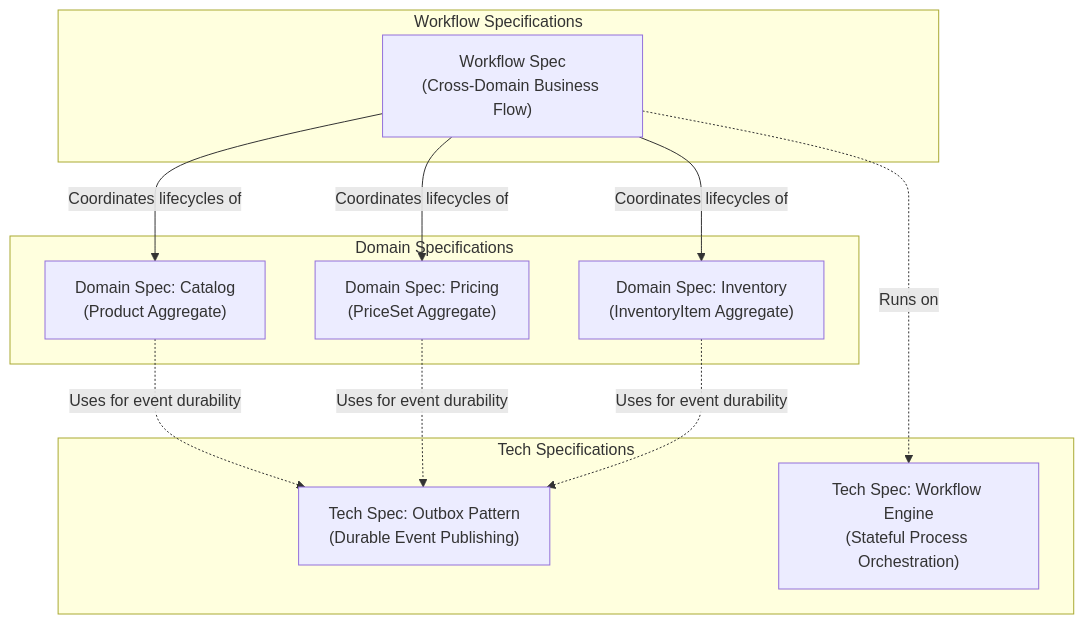
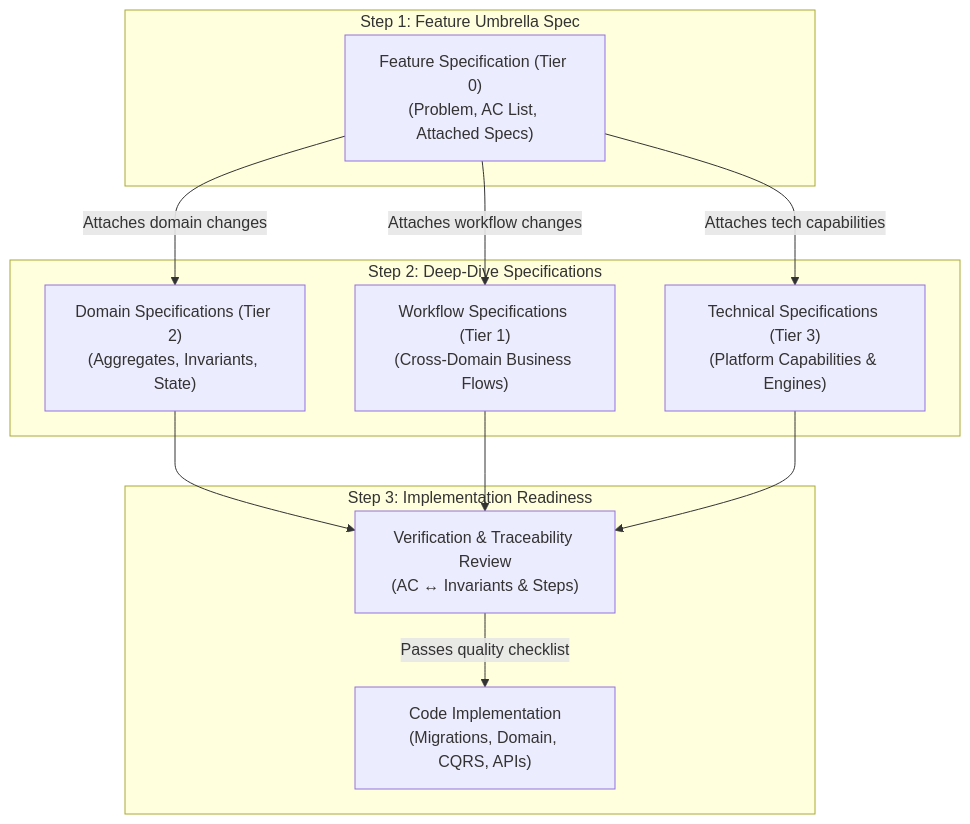
Before and after one commit to khinemyaezin/grab: the diagram in .agents/rules/documentation/specification.md, drawn with Mermaid. The commit also changed other lines of this file and 29 other files, not shown here.

````diff
--- a/.agents/rules/documentation/specification.md
+++ b/.agents/rules/documentation/specification.md
@@ -16,25 +14,25 @@
 ```mermaid
 flowchart TD
-    subgraph BusinessWorkflows ["Workflow Specifications"]
-        WF["Workflow Spec\n(Cross-Domain Business Flow)"]
+    subgraph Step1 ["Step 1: Feature Umbrella Spec"]
+        F["Feature Specification (Tier 0)\n(Problem, AC List, Attached Specs)"]
     end
 
-    subgraph DomainAggregates ["Domain Specifications"]
-        D1["Domain Spec: Catalog\n(Product Aggregate)"]
-        D2["Domain Spec: Pricing\n(PriceSet Aggregate)"]
-        D3["Domain Spec: Inventory\n(InventoryItem Aggregate)"]
+    subgraph Step2 ["Step 2: Deep-Dive Specifications"]
+        D["Domain Specifications (Tier 2)\n(Aggregates, Invariants, State)"]
+        W["Workflow Specifications (Tier 1)\n(Cross-Domain Business Flows)"]
+        T["Technical Specifications (Tier 3)\n(Platform Capabilities & Engines)"]
     end
 
-    subgraph TechnicalCapabilities ["Tech Specifications"]
-        T1["Tech Spec: Outbox Pattern\n(Durable Event Publishing)"]
-        T2["Tech Spec: Workflow Engine\n(Stateful Process Orchestration)"]
+    subgraph Step3 ["Step 3: Implementation Readiness"]
+        V["Verification & Traceability Review\n(AC ↔ Invariants & Steps)"]
+        C["Code Implementation\n(Migrations, Domain, CQRS, APIs)"]
     end
 
-    WF -->|"Coordinates lifecycles of"| D1
-    WF -->|"Coordinates lifecycles of"| D2
-    WF -->|"Coordinates lifecycles of"| D3
-    D1 -.->|"Uses for event durability"| T1
-    D2 -.->|"Uses for event durability"| T1
-    D3 -.->|"Uses for event durability"| T1
-    WF -.->|"Runs on"| T2
+    F -->|"Attaches domain changes"| D
+    F -->|"Attaches workflow changes"| W
+    F -->|"Attaches tech capabilities"| T
+    D --> V
+    W --> V
+    T --> V
+    V -->|"Passes quality checklist"| C
 ```
````
